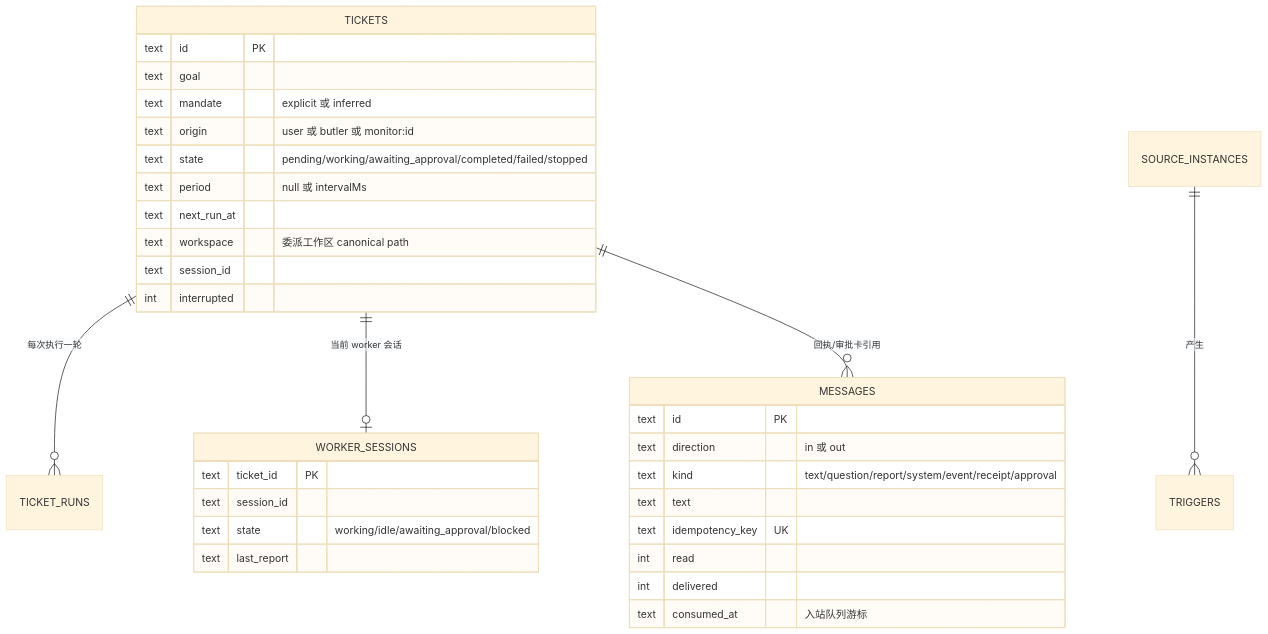
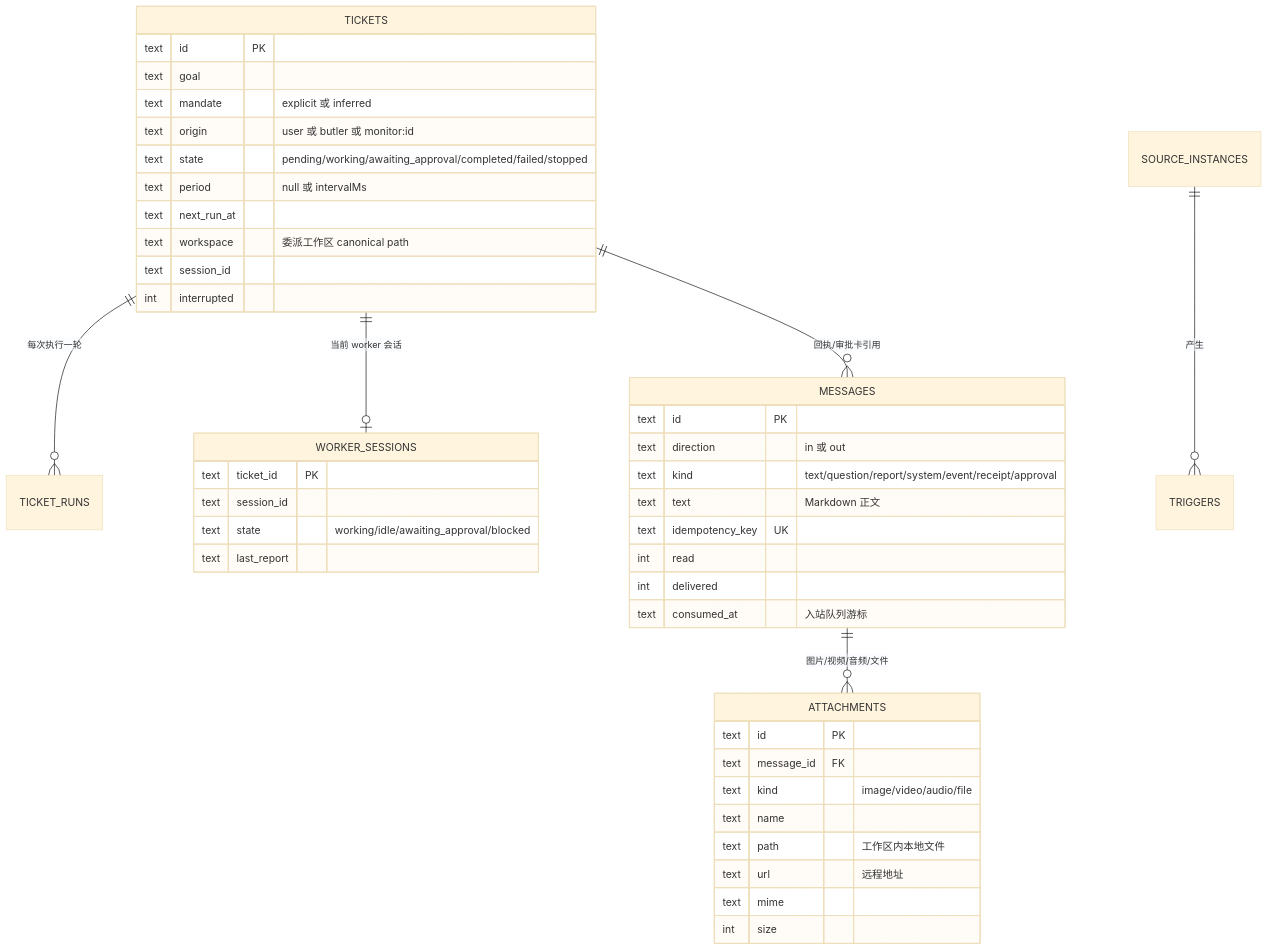
Before and after one commit to sungatetop/HiBuddy: the second of 11 diagrams in docs/module-design/butler-design-diagrams.md, drawn with Mermaid (base theme). The commit also changed other lines of this file and 25 other files, not shown here.

````diff
--- a/docs/module-design/butler-design-diagrams.md
+++ b/docs/module-design/butler-design-diagrams.md
@@ -102,36 +104,47 @@
 ```mermaid
 erDiagram
     TICKETS ||--o{ TICKET_RUNS : "每次执行一轮"
     TICKETS ||--o| WORKER_SESSIONS : "当前 worker 会话"
     TICKETS ||--o{ MESSAGES : "回执/审批卡引用"
+    MESSAGES ||--o{ ATTACHMENTS : "图片/视频/音频/文件"
     SOURCE_INSTANCES ||--o{ TRIGGERS : "产生"
 
     TICKETS {
         text id PK
         text goal
         text mandate "explicit 或 inferred"
         text origin "user 或 butler 或 monitor:id"
         text state "pending/working/awaiting_approval/completed/failed/stopped"
         text period "null 或 intervalMs"
         text next_run_at
         text workspace "委派工作区 canonical path"
         text session_id
         int interrupted
     }
     MESSAGES {
         text id PK
         text direction "in 或 out"
         text kind "text/question/report/system/event/receipt/approval"
-        text text
+        text text "Markdown 正文"
         text idempotency_key UK
         int read
         int delivered
         text consumed_at "入站队列游标"
+    }
+    ATTACHMENTS {
+        text id PK
+        text message_id FK
+        text kind "image/video/audio/file"
+        text name
+        text path "工作区内本地文件"
+        text url "远程地址"
+        text mime
+        int size
     }
     WORKER_SESSIONS {
         text ticket_id PK
         text session_id
         text state "working/idle/awaiting_approval/blocked"
         text last_report
     }
 ```
````
